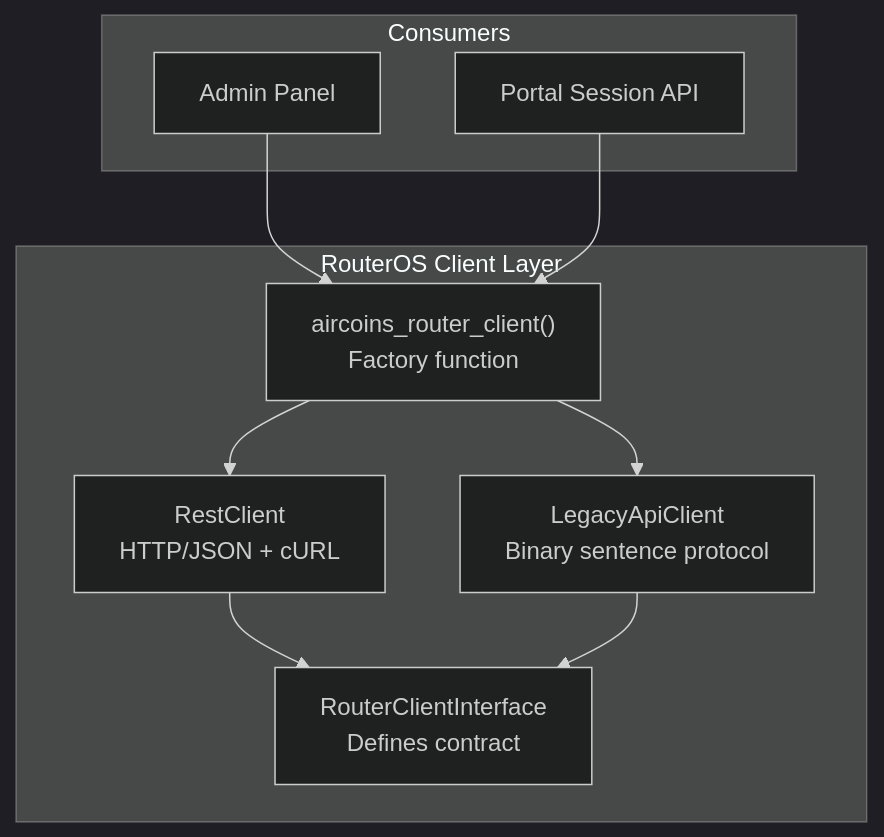
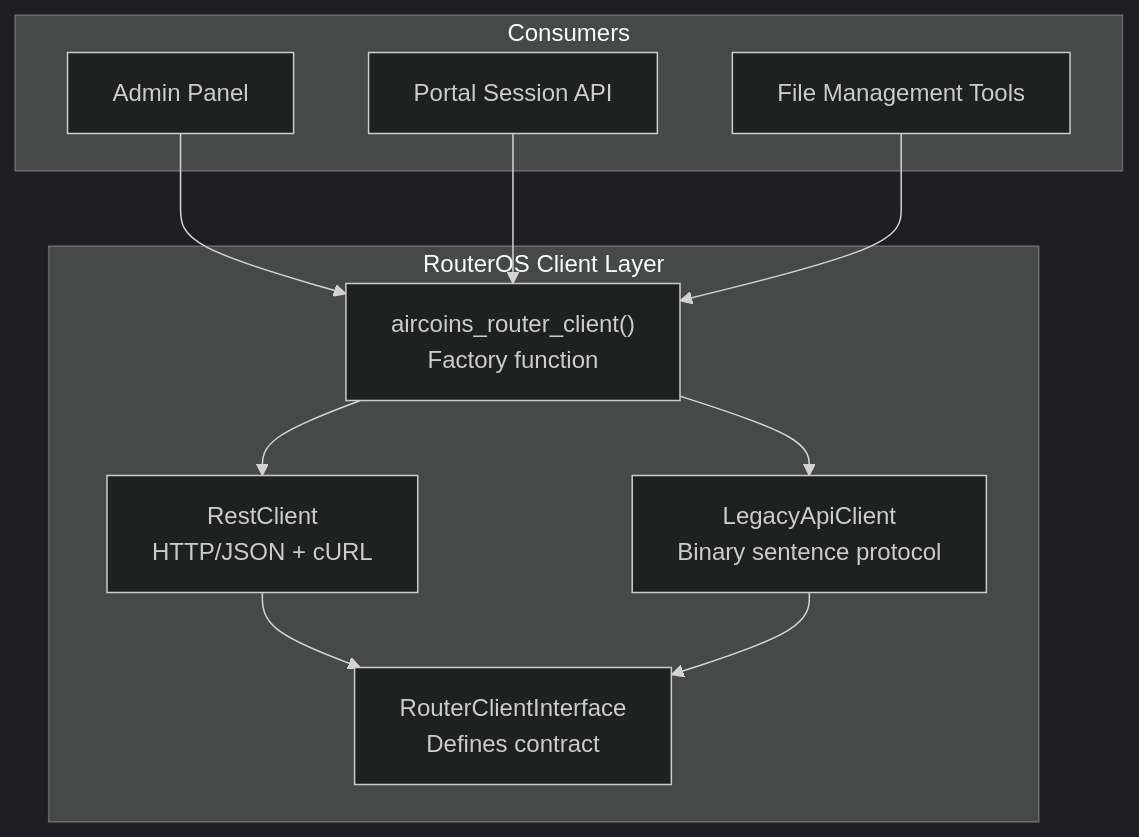
Before and after one commit to Djnirds1984/MT-CONTROLLER-PISOWIFI: the first of 6 diagrams in .qoder/repowiki/en/content/RouterOS Integration/RouterClient Interface.md, drawn with Mermaid (dark theme). The commit also changed other lines of this file and 45 other files, not shown here.

````diff
--- a/.qoder/repowiki/en/content/RouterOS Integration/RouterClient Interface.md
+++ b/.qoder/repowiki/en/content/RouterOS Integration/RouterClient Interface.md
@@ -42,19 +46,21 @@
 ```mermaid
 graph TB
 subgraph "RouterOS Client Layer"
 IF["RouterClientInterface<br/>Defines contract"]
 RC["RestClient<br/>HTTP/JSON + cURL"]
 LA["LegacyApiClient<br/>Binary sentence protocol"]
 RF["aircoins_router_client()<br/>Factory function"]
 end
 subgraph "Consumers"
 ADMIN["Admin Panel"]
 API["Portal Session API"]
+TOOLS["File Management Tools"]
 end
 ADMIN --> RF
 API --> RF
+TOOLS --> RF
 RF --> RC
 RF --> LA
 RC --> IF
 LA --> IF
 ```
````
